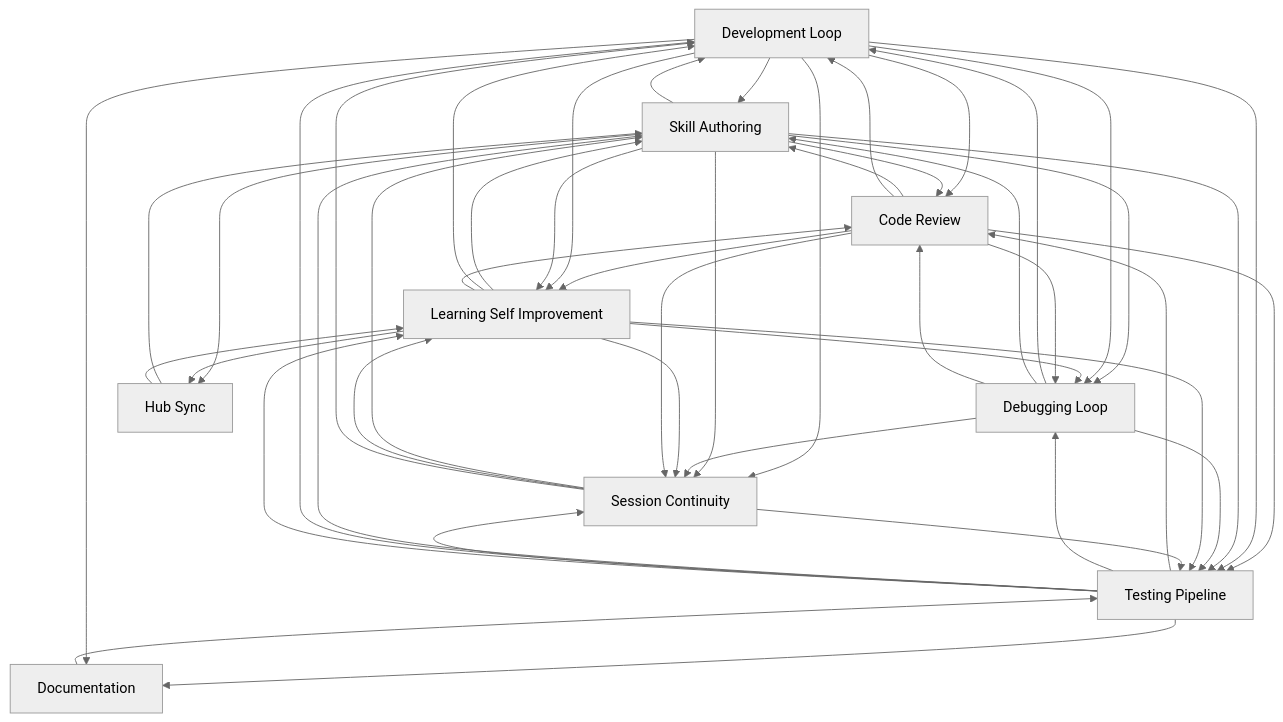
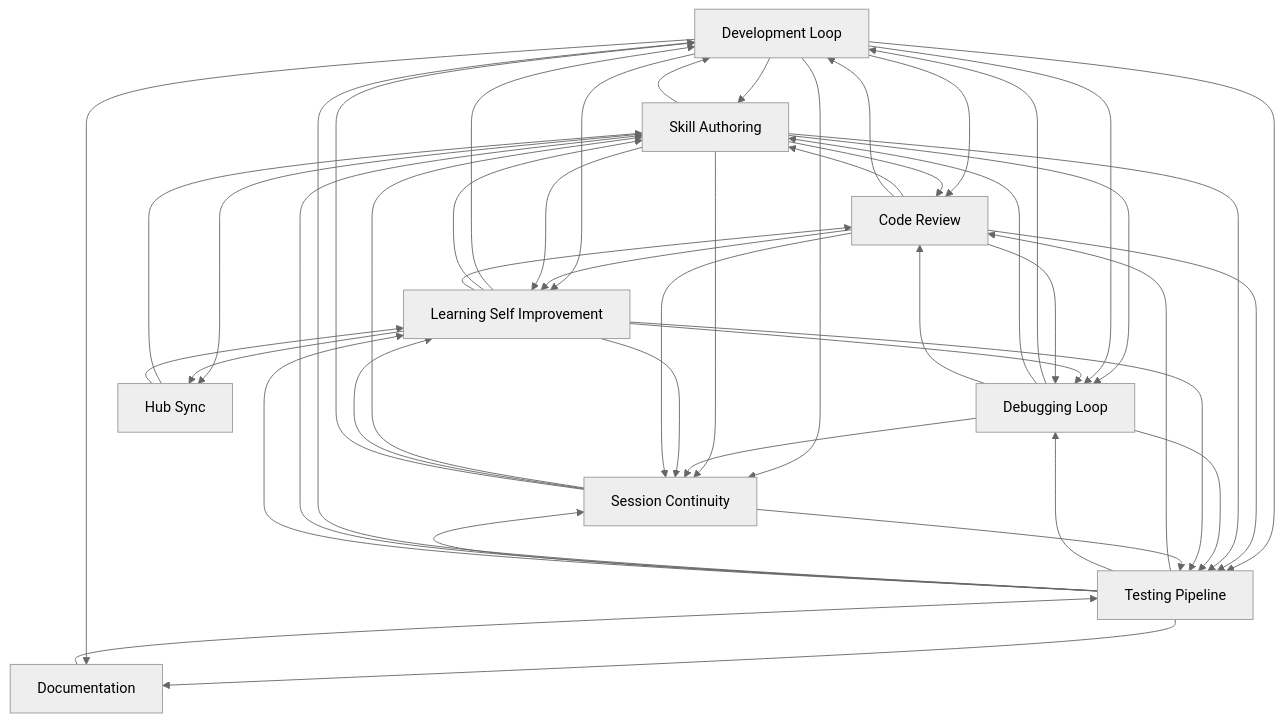
The diagram in docs/workflows/INDEX.md (abhayla/claude-best-practices), drawn with Mermaid (neutral theme) before and after one commit. The commit also changed other lines of this file and 11 other files, not shown here.

````diff
--- a/docs/workflows/INDEX.md
+++ b/docs/workflows/INDEX.md
@@ -21,58 +21,58 @@
 ```mermaid
 graph TD
     development_loop[Development Loop]
     testing_pipeline[Testing Pipeline]
     debugging_loop[Debugging Loop]
     learning_self_improvement[Learning Self Improvement]
     session_continuity[Session Continuity]
     skill_authoring[Skill Authoring]
     code_review[Code Review]
     documentation[Documentation]
     hub_sync[Hub Sync]
     documentation --> testing_pipeline
+    development_loop --> skill_authoring
+    development_loop --> code_review
     code_review --> skill_authoring
     code_review --> development_loop
-    development_loop --> skill_authoring
-    development_loop --> code_review
+    development_loop --> learning_self_improvement
+    development_loop --> testing_pipeline
     code_review --> learning_self_improvement
     code_review --> testing_pipeline
-    development_loop --> learning_self_improvement
-    development_loop --> testing_pipeline
     testing_pipeline --> code_review
     testing_pipeline --> debugging_loop
+    testing_pipeline --> development_loop
     testing_pipeline --> skill_authoring
-    testing_pipeline --> development_loop
+    skill_authoring --> development_loop
     skill_authoring --> code_review
-    skill_authoring --> development_loop
     skill_authoring --> learning_self_improvement
     skill_authoring --> testing_pipeline
     development_loop --> session_continuity
     skill_authoring --> session_continuity
     testing_pipeline --> session_continuity
+    debugging_loop --> development_loop
     debugging_loop --> session_continuity
-    debugging_loop --> development_loop
     skill_authoring --> debugging_loop
+    development_loop --> debugging_loop
     debugging_loop --> skill_authoring
+    debugging_loop --> testing_pipeline
     debugging_loop --> code_review
-    debugging_loop --> testing_pipeline
-    development_loop --> debugging_loop
+    learning_self_improvement --> development_loop
+    learning_self_improvement --> debugging_loop
     learning_self_improvement --> skill_authoring
-    learning_self_improvement --> development_loop
+    learning_self_improvement --> testing_pipeline
     learning_self_improvement --> code_review
-    learning_self_improvement --> debugging_loop
-    learning_self_improvement --> testing_pipeline
     code_review --> debugging_loop
     learning_self_improvement --> session_continuity
+    testing_pipeline --> learning_self_improvement
     code_review --> session_continuity
-    testing_pipeline --> learning_self_improvement
     session_continuity --> skill_authoring
     session_continuity --> learning_self_improvement
     testing_pipeline --> documentation
     development_loop --> documentation
     session_continuity --> development_loop
     session_continuity --> testing_pipeline
     skill_authoring --> hub_sync
     learning_self_improvement --> hub_sync
     hub_sync --> skill_authoring
     hub_sync --> learning_self_improvement
 ```
````
